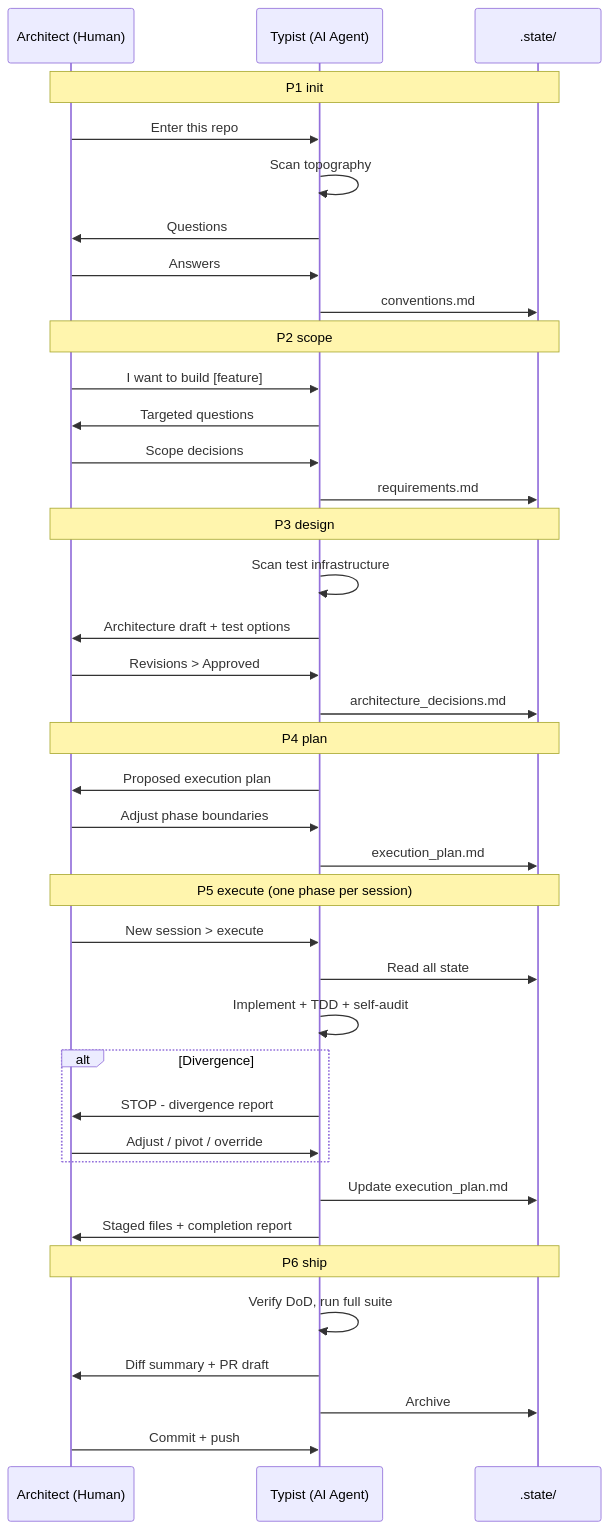
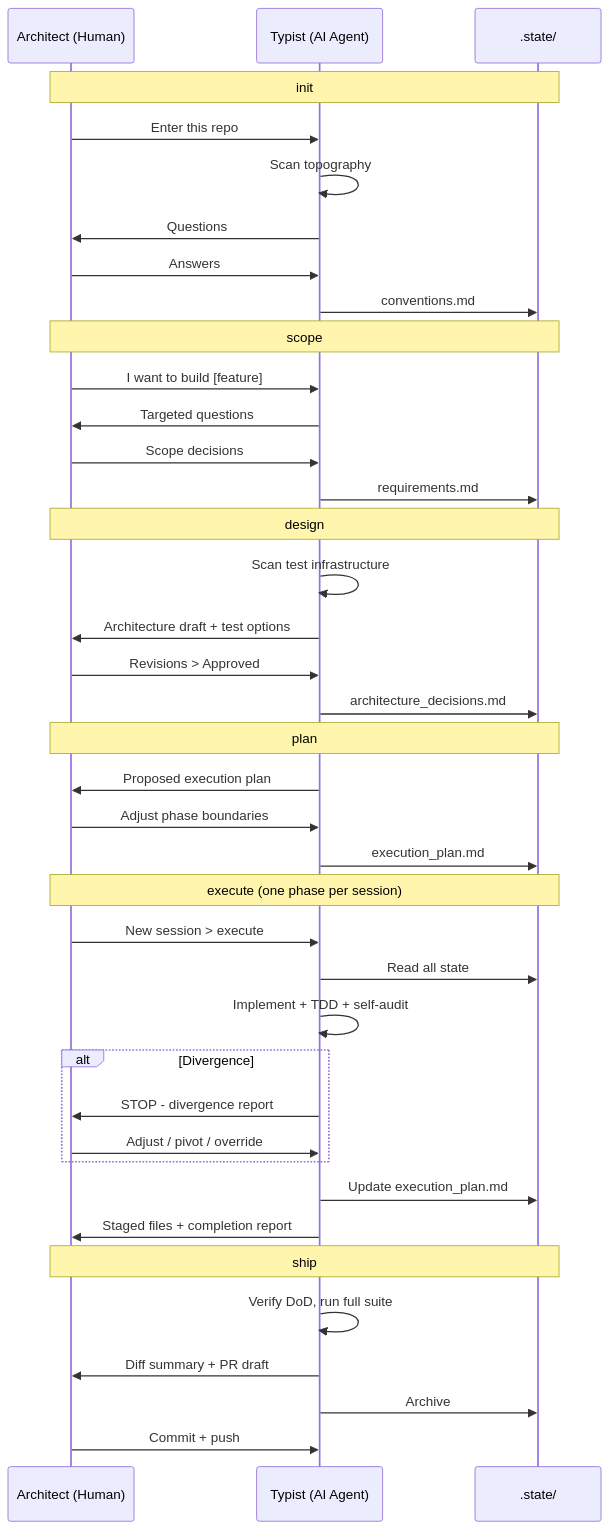
Before and after one commit to aakarshsingh/architect-typist: the second of 3 diagrams in README.md, drawn with Mermaid. The commit also changed other lines of this file and 24 other files, not shown here.

````diff
--- a/README.md
+++ b/README.md
@@ -142,47 +147,47 @@
 ```mermaid
 sequenceDiagram
     participant A as Architect (Human)
     participant T as Typist (AI Agent)
     participant S as .state/
 
-    Note over A,S: P1 init
+    Note over A,S: init
     A->>T: Enter this repo
     T->>T: Scan topography
     T->>A: Questions
     A->>T: Answers
     T->>S: conventions.md
 
-    Note over A,S: P2 scope
+    Note over A,S: scope
     A->>T: I want to build [feature]
     T->>A: Targeted questions
     A->>T: Scope decisions
     T->>S: requirements.md
 
-    Note over A,S: P3 design
+    Note over A,S: design
     T->>T: Scan test infrastructure
     T->>A: Architecture draft + test options
     A->>T: Revisions > Approved
     T->>S: architecture_decisions.md
 
-    Note over A,S: P4 plan
+    Note over A,S: plan
     T->>A: Proposed execution plan
     A->>T: Adjust phase boundaries
     T->>S: execution_plan.md
 
-    Note over A,S: P5 execute (one phase per session)
+    Note over A,S: execute (one phase per session)
     A->>T: New session > execute
     T->>S: Read all state
     T->>T: Implement + TDD + self-audit
     alt Divergence
         T->>A: STOP - divergence report
         A->>T: Adjust / pivot / override
     end
     T->>S: Update execution_plan.md
     T->>A: Staged files + completion report
 
-    Note over A,S: P6 ship
+    Note over A,S: ship
     T->>T: Verify DoD, run full suite
     T->>A: Diff summary + PR draft
     T->>S: Archive
     A->>T: Commit + push
 ```
````
